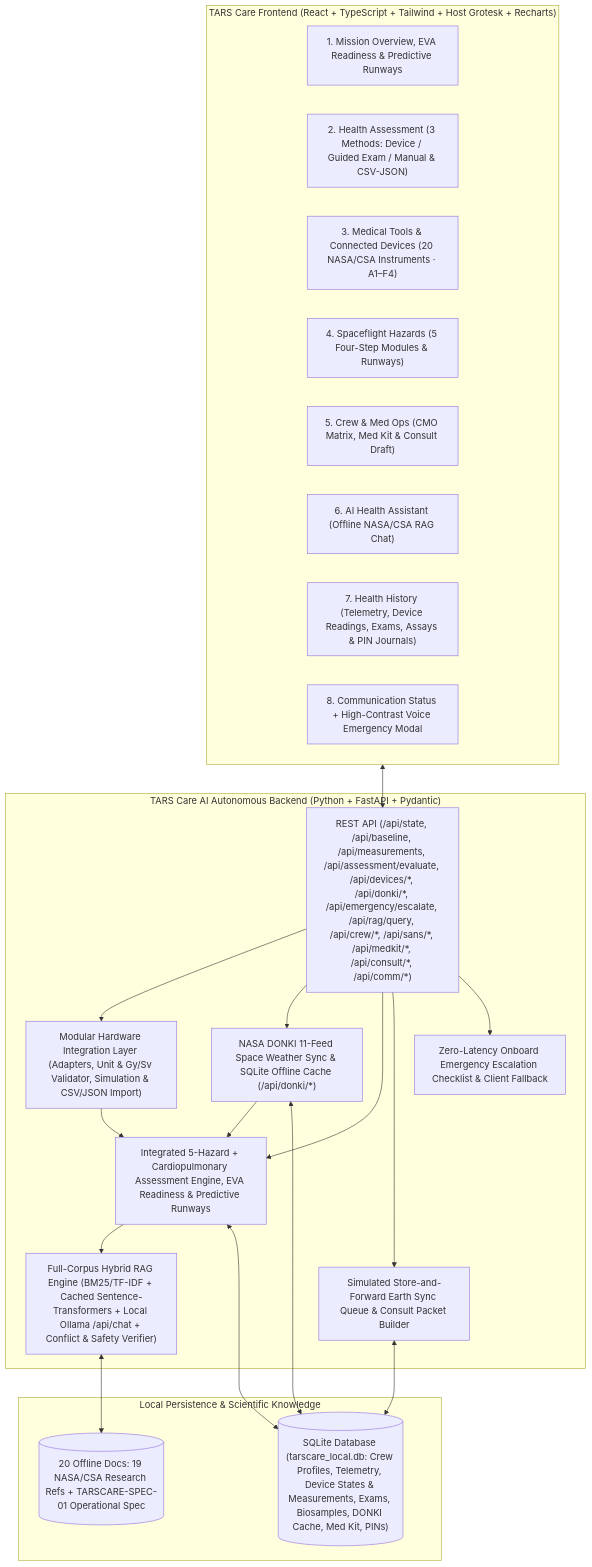
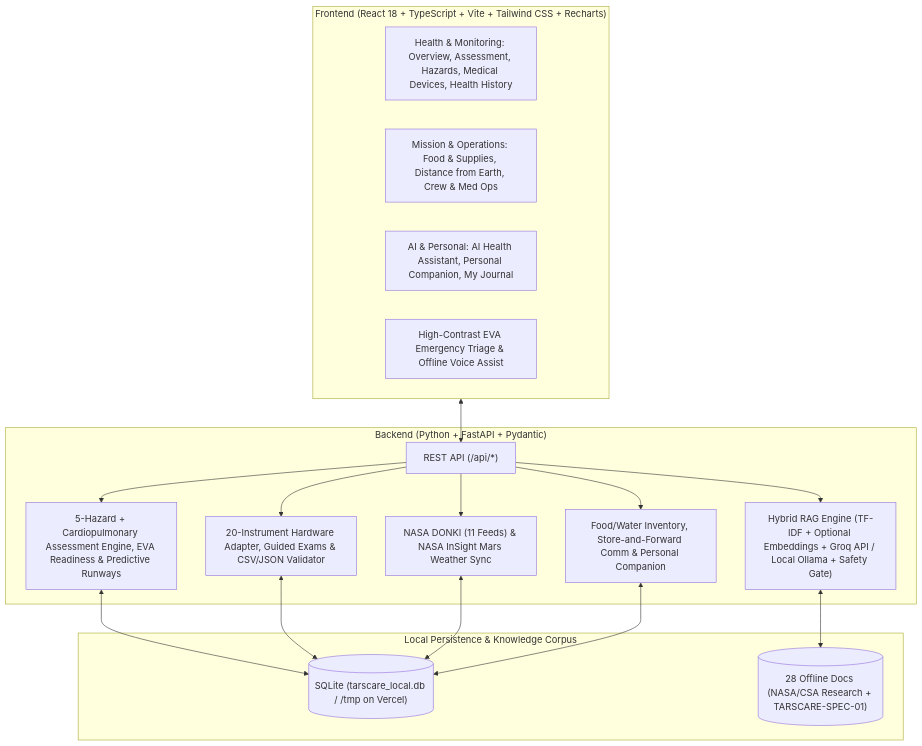
One commit to ChaiWork/BuildHybridAI-2026 changed the diagram in README.md. Above: the diagram before and after it, drawn with Mermaid. The commit also changed other lines of this file and 31 other files, not shown here.

Commit message:
feat: initialize TARS Care astronaut health companion web application with FastAPI backend and React frontend

````diff
--- a/README.md
+++ b/README.md
@@ -10,42 +44,35 @@
 ```mermaid
 flowchart TD
-    subgraph Frontend["TARS Care Frontend (React + TypeScript + Tailwind + Host Grotesk + Recharts)"]
-        V1["1. Mission Overview, EVA Readiness & Predictive Runways"]
-        V2["2. Health Assessment (3 Methods: Device / Guided Exam / Manual & CSV-JSON)"]
-        V3["3. Medical Tools & Connected Devices (20 NASA/CSA Instruments · A1–F4)"]
-        V4["4. Spaceflight Hazards (5 Four-Step Modules & Runways)"]
-        V5["5. Crew & Med Ops (CMO Matrix, Med Kit & Consult Draft)"]
-        V6["6. AI Health Assistant (Offline NASA/CSA RAG Chat)"]
-        V7["7. Health History (Telemetry, Device Readings, Exams, Assays & PIN Journals)"]
-        V8["8. Communication Status + High-Contrast Voice Emergency Modal"]
+    subgraph Frontend["Frontend (React 18 + TypeScript + Vite + Tailwind CSS + Recharts)"]
+        HM["Health & Monitoring: Overview, Assessment, Hazards, Medical Devices, Health History"]
+        MO["Mission & Operations: Food & Supplies, Distance from Earth, Crew & Med Ops"]
+        AP["AI & Personal: AI Health Assistant, Personal Companion, My Journal"]
+        EM["High-Contrast EVA Emergency Triage & Offline Voice Assist"]
     end
 
-    subgraph Backend["TARS Care AI Autonomous Backend (Python + FastAPI + Pydantic)"]
-        API["REST API (/api/state, /api/baseline, /api/measurements, /api/assessment/evaluate, /api/devices/*, /api/donki/*, /api/emergency/escalate, /api/rag/query, /api/crew/*, /api/sans/*, /api/medkit/*, /api/consult/*, /api/comm/*)"]
-        HW["Modular Hardware Integration Layer (Adapters, Unit & Gy/Sv Validator, Simulation & CSV/JSON Import)"]
-        DONKI["NASA DONKI 11-Feed Space Weather Sync & SQLite Offline Cache (/api/donki/*)"]
-        ENG["Integrated 5-Hazard + Cardiopulmonary Assessment Engine, EVA Readiness & Predictive Runways"]
-        RAG["Full-Corpus Hybrid RAG Engine (BM25/TF-IDF + Cached Sentence-Transformers + Local Ollama /api/chat + Conflict & Safety Verifier)"]
-        SF["Simulated Store-and-Forward Earth Sync Queue & Consult Packet Builder"]
-        EMG["Zero-Latency Onboard Emergency Escalation Checklist & Client Fallback"]
+    subgraph Backend["Backend (Python + FastAPI + Pydantic)"]
+        API["REST API (/api/*)"]
+        ENG["5-Hazard + Cardiopulmonary Assessment Engine, EVA Readiness & Predictive Runways"]
+        HW["20-Instrument Hardware Adapter, Guided Exams & CSV/JSON Validator"]
+        DONKI["NASA DONKI (11 Feeds) & NASA InSight Mars Weather Sync"]
+        SUP["Food/Water Inventory, Store-and-Forward Comm & Personal Companion"]
+        RAG["Hybrid RAG Engine (TF-IDF + Optional Embeddings + Groq API / Local Ollama + Safety Gate)"]
     end
 
-    subgraph Storage["Local Persistence & Scientific Knowledge"]
-        DB[("SQLite Database (tarscare_local.db: Crew Profiles, Telemetry, Device States & Measurements, Exams, Biosamples, DONKI Cache, Med Kit, PINs)")]
-        CORPUS[("20 Offline Docs: 19 NASA/CSA Research Refs + TARSCARE-SPEC-01 Operational Spec")]
+    subgraph Storage["Local Persistence & Knowledge Corpus"]
+        DB[("SQLite (tarscare_local.db / /tmp on Vercel)")]
+        CORPUS[("28 Offline Docs (NASA/CSA Research + TARSCARE-SPEC-01)")]
     end
 
     Frontend <--> API
+    API --> ENG
     API --> HW
     API --> DONKI
-    HW --> ENG
-    DONKI --> ENG
-    API --> ENG
-    ENG --> RAG
-    API --> SF
-    API --> EMG
+    API --> SUP
+    API --> RAG
     ENG <--> DB
+    HW <--> DB
     DONKI <--> DB
-    SF <--> DB
+    SUP <--> DB
     RAG <--> CORPUS
 ```
````
